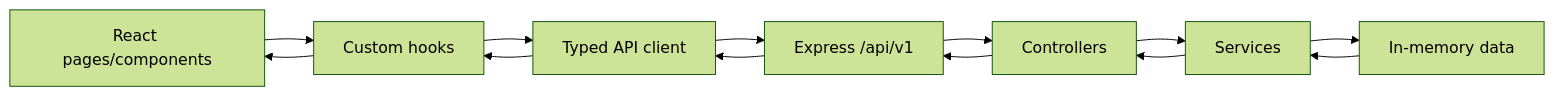
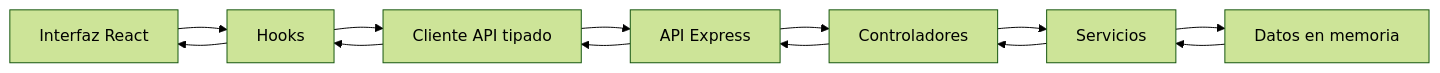
One commit to Darius-Ciocan/Corvus-Viajes changed the diagram in docs/design.md. Above: the diagram before and after it, drawn with Mermaid (forest theme). The commit also changed other lines of this file and 14 other files, not shown here.

````diff
--- a/docs/design.md
+++ b/docs/design.md
@@ -54,10 +66,10 @@
 ```mermaid
 flowchart LR
-  UI["React pages/components"] --> Hook["Custom hooks"]
-  Hook --> Client["Typed API client"]
-  Client --> API["Express /api/v1"]
-  API --> Controller["Controllers"]
-  Controller --> Service["Services"]
-  Service --> Data["In-memory data"]
+  UI["Interfaz React"] --> Hook["Hooks"]
+  Hook --> Client["Cliente API tipado"]
+  Client --> API["API Express"]
+  API --> Controller["Controladores"]
+  Controller --> Service["Servicios"]
+  Service --> Data["Datos en memoria"]
   Data --> Service --> Controller --> API --> Client --> Hook --> UI
 ```
````
